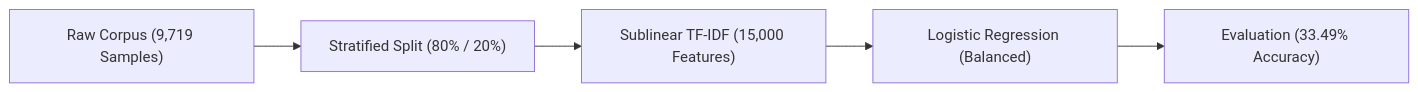
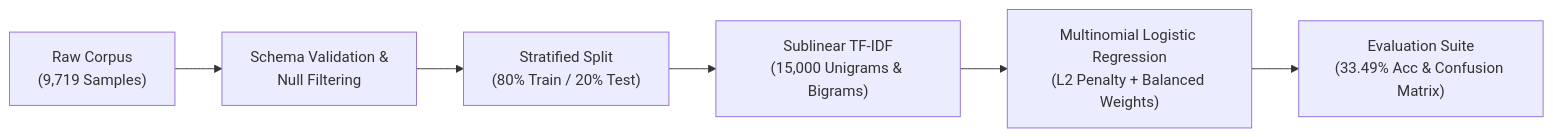
The diagram in README.md (faizannadeem4449-dotcom/llm-source-attribution), drawn with Mermaid before and after one commit. The commit also changed other lines of this file, not shown here.

````diff
--- a/README.md
+++ b/README.md
@@ -14,7 +23,8 @@
 ```mermaid
 flowchart LR
-    A["Raw Corpus (9,719 Samples)"] --> B["Stratified Split (80% / 20%)"]
-    B --> C["Sublinear TF-IDF (15,000 Features)"]
-    C --> D["Logistic Regression (Balanced)"]
-    D --> E["Evaluation (33.49% Accuracy)"]
+    A["Raw Corpus<br/>(9,719 Samples)"] --> B["Schema Validation &<br/>Null Filtering"]
+    B --> C["Stratified Split<br/>(80% Train / 20% Test)"]
+    C --> D["Sublinear TF-IDF<br/>(15,000 Unigrams & Bigrams)"]
+    D --> E["Multinomial Logistic Regression<br/>(L2 Penalty + Balanced Weights)"]
+    E --> F["Evaluation Suite<br/>(33.49% Acc & Confusion Matrix)"]
 ```
````
